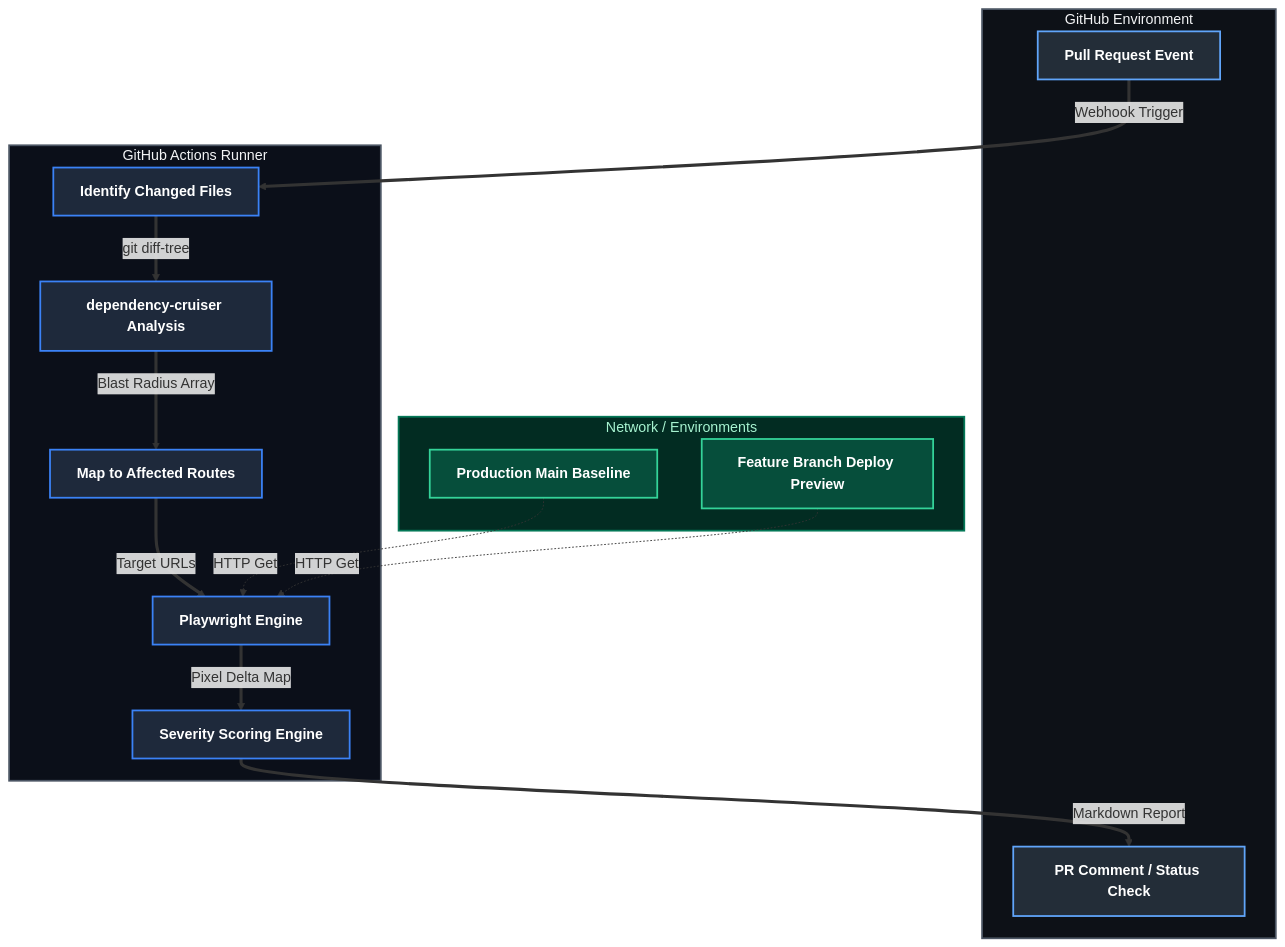
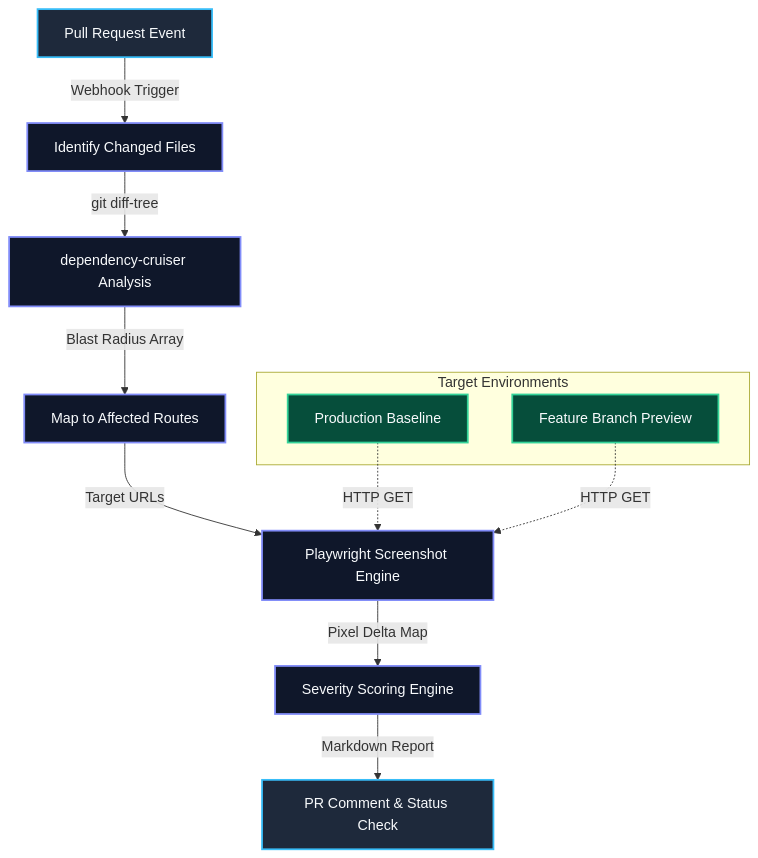
The diagram in src/content/research/deployment-impact-analyzer.md (arii/portfolio), drawn with Mermaid before and after one commit. The commit also changed 5 other files, not shown here.

First line of the commit message:
Polish Mermaid diagrams across research articles

````diff
--- a/src/content/research/deployment-impact-analyzer.md
+++ b/src/content/research/deployment-impact-analyzer.md
@@ -19,49 +19,26 @@
 ```mermaid
-graph TB
-    %% Strict High-Visibility Class Definitions
-    classDef gitHub fill:#232d38,stroke:#60a5fa,stroke-width:2px,color:#ffffff,font-weight:bold;
-    classDef runner fill:#1e293b,stroke:#3b82f6,stroke-width:2px,color:#ffffff,font-weight:bold;
-    classDef external fill:#064e3b,stroke:#34d399,stroke-width:2px,color:#ffffff,font-weight:bold;
-    classDef linkText fill:none,color:#cbd5e1,font-size:11px;
+flowchart TD
+    A[Pull Request Event] -->|Webhook Trigger| B[Identify Changed Files]
+    B -->|git diff-tree| C[dependency-cruiser Analysis]
+    C -->|Blast Radius Array| D[Map to Affected Routes]
     
-    %% Environments as System Boundaries
-    subgraph GitHub_Platform ["GitHub Environment"]
-        A[Pull Request Event]
-        G[PR Comment / Status Check]
+    subgraph Envs ["Target Environments"]
+        Prod[Production Baseline]
+        Branch[Feature Branch Preview]
     end
 
-    subgraph CI_Runner ["GitHub Actions Runner"]
-        B[Identify Changed Files]
-        C[dependency-cruiser Analysis]
-        D[Map to Affected Routes]
-        E[Playwright Engine]
-        F[Severity Scoring Engine]
-    end
+    D -->|Target URLs| E[Playwright Screenshot Engine]
+    Prod -.->|HTTP GET| E
+    Branch -.->|HTTP GET| E
+    
+    E -->|Pixel Delta Map| F[Severity Scoring Engine]
+    F -->|Markdown Report| G[PR Comment & Status Check]
 
-    subgraph Target_Environments ["Network / Environments"]
-        Prod[Production Main Baseline]
-        Branch[Feature Branch Deploy Preview]
-    end
+    classDef trigger fill:#1e293b,stroke:#38bdf8,stroke-width:2px,color:#f8fafc;
+    classDef runner fill:#0f172a,stroke:#818cf8,stroke-width:2px,color:#f8fafc;
+    classDef env fill:#064e3b,stroke:#34d399,stroke-width:2px,color:#f8fafc;
 
-    %% Pipeline Logic & High-Contrast Connectors
-    A ==>|Webhook Trigger| B
-    B ==>|git diff-tree| C
-    C ==>|Blast Radius Array| D
-    
-    D ==>|Target URLs| E
-    Prod -.->|HTTP Get| E
-    Branch -.->|HTTP Get| E
-    
-    E ==>|Pixel Delta Map| F
-    F ==>|Markdown Report| G
-
-    %% Assign Classes
-    class A,G gitHub;
+    class A,G trigger;
     class B,C,D,E,F runner;
-    class Prod,Branch external;
-
-    %% Subgraph Contrast Overrides
-    style GitHub_Platform fill:#0d1117,stroke:#4b5563,stroke-width:2px,color:#f3f4f6
-    style CI_Runner fill:#0b0f19,stroke:#4b5563,stroke-width:2px,color:#f3f4f6
-    style Target_Environments fill:#022c22,stroke:#047857,stroke-width:2px,color:#a7f3d0
+    class Prod,Branch env;
 ```
````
